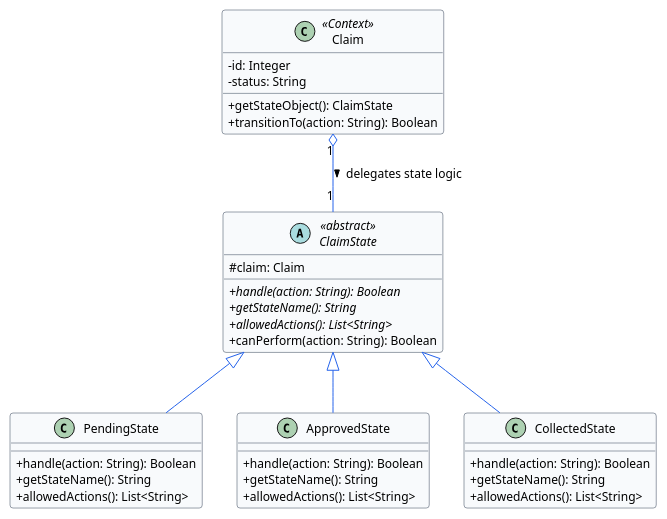
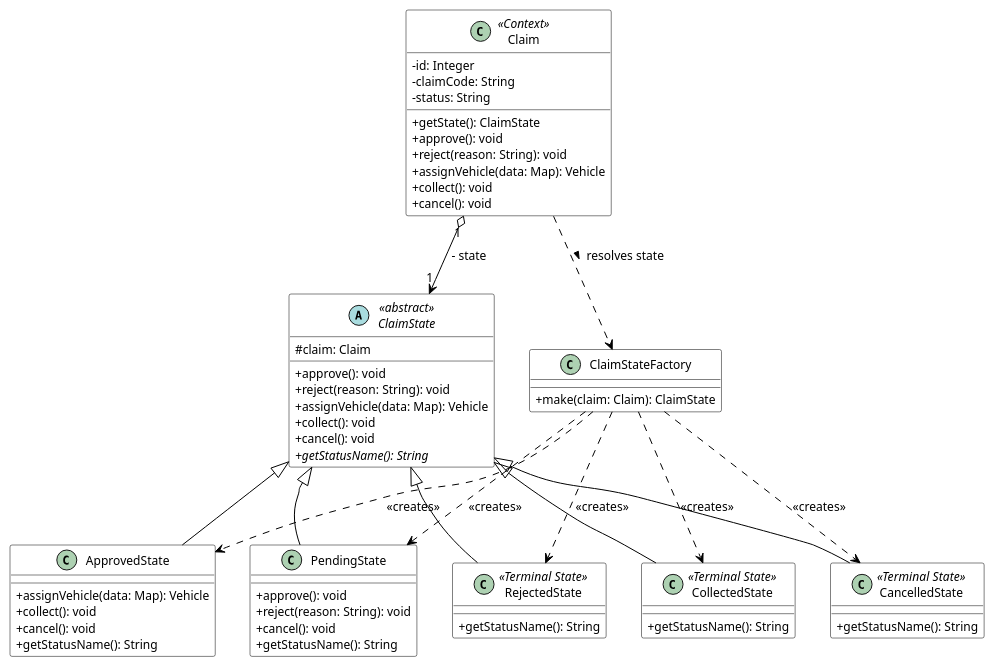
Before and after one commit to KunTheNoobie/nutrishare: the second of 2 diagrams in REPORT_MODULE_3_HIEW_LI_WEI.md, drawn with PlantUML.

Commit message:
docs: update Module 3 State Pattern PlantUML to pure white academic styling

````diff
--- a/REPORT_MODULE_3_HIEW_LI_WEI.md
+++ b/REPORT_MODULE_3_HIEW_LI_WEI.md
@@ -555,61 +555,99 @@
 ```plantuml
-@startuml Claim_State_Pattern
+@startuml Module_3_State_Pattern
 
 skinparam classAttributeIconSize 0
 skinparam backgroundColor #FFFFFF
-skinparam roundcorner 6
+skinparam roundcorner 4
 skinparam shadowing false
 skinparam defaultFontName "Segoe UI"
 skinparam defaultFontSize 12
 
 skinparam class {
-    BackgroundColor #F8FAFC
-    BorderColor #334155
-    ArrowColor #2563EB
+    BackgroundColor #FFFFFF
+    BorderColor #000000
+    ArrowColor #000000
+    FontColor #000000
 }
 
 class Claim <<Context>> {
     - id: Integer
+    - claimCode: String
     - status: String
     __
-    + getStateObject(): ClaimState
-    + transitionTo(action: String): Boolean
+    + getState(): ClaimState
+    + approve(): void
+    + reject(reason: String): void
+    + assignVehicle(data: Map): Vehicle
+    + collect(): void
+    + cancel(): void
+}
+
+class ClaimStateFactory {
+    __
+    + make(claim: Claim): ClaimState
 }
 
 abstract class ClaimState <<abstract>> {
     # claim: Claim
     __
-    + {abstract} handle(action: String): Boolean
-    + {abstract} getStateName(): String
-    + {abstract} allowedActions(): List<String>
-    + canPerform(action: String): Boolean
+    + approve(): void
+    + reject(reason: String): void
+    + assignVehicle(data: Map): Vehicle
+    + collect(): void
+    + cancel(): void
+    + {abstract} getStatusName(): String
 }
 
 class PendingState {
-    + handle(action: String): Boolean
-    + getStateName(): String
-    + allowedActions(): List<String>
+    __
+    + approve(): void
+    + reject(reason: String): void
+    + cancel(): void
+    + getStatusName(): String
 }
 
 class ApprovedState {
-    + handle(action: String): Boolean
-    + getStateName(): String
-    + allowedActions(): List<String>
+    __
+    + assignVehicle(data: Map): Vehicle
+    + collect(): void
+    + cancel(): void
+    + getStatusName(): String
 }
 
-class CollectedState {
-    + handle(action: String): Boolean
-    + getStateName(): String
-    + allowedActions(): List<String>
+class CollectedState <<Terminal State>> {
+    __
+    + getStatusName(): String
 }
+
+class RejectedState <<Terminal State>> {
+    __
+    + getStatusName(): String
+}
+
+class CancelledState <<Terminal State>> {
+    __
+    + getStatusName(): String
+}
+
+' Context Association
+Claim "1" o--> "1" ClaimState : - state
+
+' Context resolves state through factory
+Claim ..> ClaimStateFactory : resolves state >
+
+' Factory creates concrete states
+ClaimStateFactory ..> PendingState : <<creates>>
+ClaimStateFactory ..> ApprovedState : <<creates>>
+ClaimStateFactory ..> CollectedState : <<creates>>
+ClaimStateFactory ..> RejectedState : <<creates>>
+ClaimStateFactory ..> CancelledState : <<creates>>
 
 ' Inheritance
 PendingState -up-|> ClaimState
 ApprovedState -up-|> ClaimState
 CollectedState -up-|> ClaimState
-
-' Context association
-Claim "1" o-- "1" ClaimState : delegates state logic >
+RejectedState -up-|> ClaimState
+CancelledState -up-|> ClaimState
 
 @enduml
 ```
````
